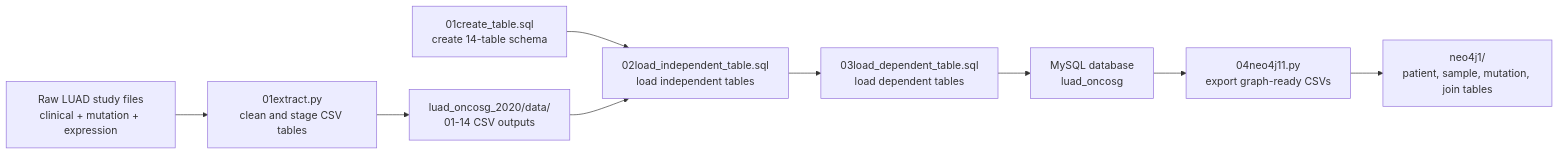
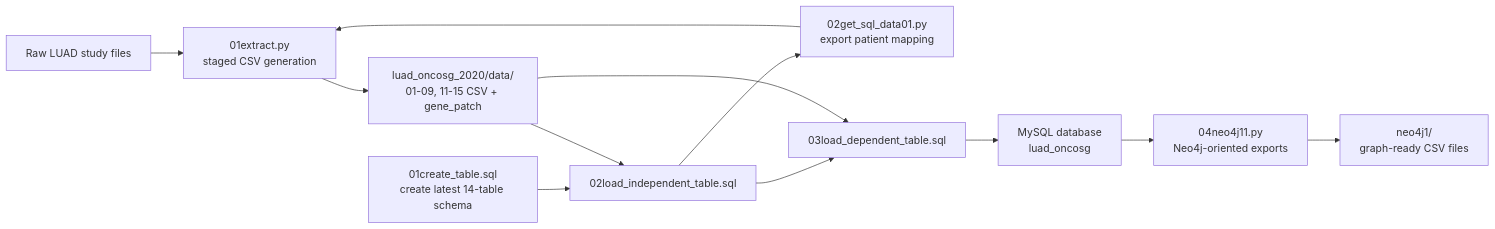
One commit to 12434565/database_mutation changed the diagram in README.md. Above: the diagram before and after it, drawn with Mermaid. The commit also changed other lines of this file and 1 other file, not shown here.

````diff
--- a/README.md
+++ b/README.md
@@ -29,11 +43,14 @@
 ```mermaid
 flowchart LR
-    A["Raw LUAD study files<br/>clinical + mutation + expression"] --> B["01extract.py<br/>clean and stage CSV tables"]
-    B --> C["luad_oncosg_2020/data/<br/>01-14 CSV outputs"]
-    D["01create_table.sql<br/>create 14-table schema"] --> E["02load_independent_table.sql<br/>load independent tables"]
+    A["Raw LUAD study files"] --> B["01extract.py<br/>staged CSV generation"]
+    B --> C["luad_oncosg_2020/data/<br/>01-09, 11-15 CSV + gene_patch"]
+    D["01create_table.sql<br/>create latest 14-table schema"] --> E["02load_independent_table.sql"]
     C --> E
-    E --> F["03load_dependent_table.sql<br/>load dependent tables"]
-    F --> G["MySQL database<br/>luad_oncosg"]
-    G --> H["04neo4j11.py<br/>export graph-ready CSVs"]
-    H --> I["neo4j1/<br/>patient, sample, mutation, join tables"]
+    E --> F["02get_sql_data01.py<br/>export patient mapping"]
+    F --> B
+    E --> G["03load_dependent_table.sql"]
+    C --> G
+    G --> H["MySQL database<br/>luad_oncosg"]
+    H --> I["04neo4j11.py<br/>Neo4j-oriented exports"]
+    I --> J["neo4j1/<br/>graph-ready CSV files"]
 ```
````
